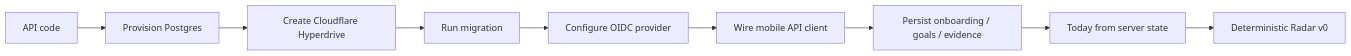
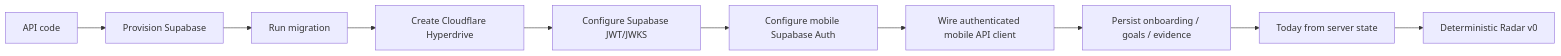
Before and after one commit to seq23/aplayer-mode: the third of 3 diagrams in docs/13-IMPLEMENTATION-STATUS.md, drawn with Mermaid. The commit also changed other lines of this file, not shown here.

Commit message:
docs: record Supabase MVP selection and mobile API client

````diff
--- a/docs/13-IMPLEMENTATION-STATUS.md
+++ b/docs/13-IMPLEMENTATION-STATUS.md
@@ -127,11 +131,12 @@
 ```mermaid
 flowchart LR
-  A[API code] --> B[Provision Postgres]
-  B --> C[Create Cloudflare Hyperdrive]
-  C --> D[Run migration]
-  D --> E[Configure OIDC provider]
-  E --> F[Wire mobile API client]
-  F --> G[Persist onboarding / goals / evidence]
-  G --> H[Today from server state]
-  H --> I[Deterministic Radar v0]
+  A[API code] --> B[Provision Supabase]
+  B --> C[Run migration]
+  C --> D[Create Cloudflare Hyperdrive]
+  D --> E[Configure Supabase JWT/JWKS]
+  E --> F[Configure mobile Supabase Auth]
+  F --> G[Wire authenticated mobile API client]
+  G --> H[Persist onboarding / goals / evidence]
+  H --> I[Today from server state]
+  I --> J[Deterministic Radar v0]
 ```
````
